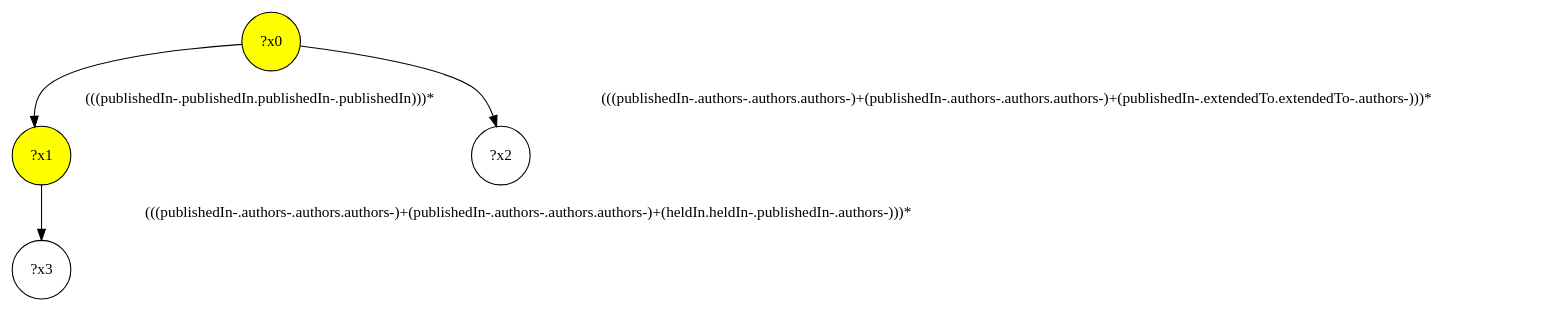
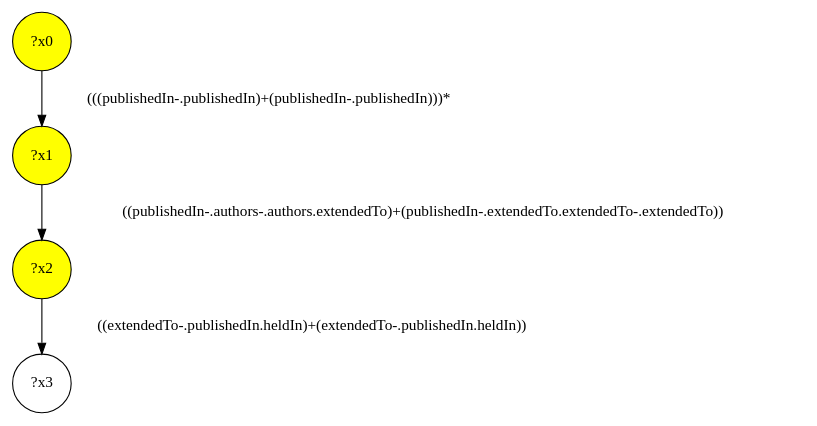
One commit to gbagan/gmark changed the diagram in demo/test-a/test-a-interface/query-14.dot. Above: the diagram before and after it, drawn with Graphviz. The commit also changed 1061 other files, not shown here.

```diff
--- a/demo/test-a/test-a-interface/query-14.dot
+++ b/demo/test-a/test-a-interface/query-14.dot
@@ -1,9 +1,9 @@
 digraph g {
 	x0 [fillcolor="yellow", style="filled," shape=circle, label="?x0"];
 	x1 [fillcolor="yellow", style="filled," shape=circle, label="?x1"];
-	x0 -> x1 [label="(((publishedIn-.publishedIn.publishedIn-.publishedIn)))*"];
-	x2 [shape=circle, label="?x2"];
-	x0 -> x2 [label="(((publishedIn-.authors-.authors.authors-)+(publishedIn-.authors-.authors.authors-)+(publishedIn-.extendedTo.extendedTo-.authors-)))*"];
+	x2 [fillcolor="yellow", style="filled," shape=circle, label="?x2"];
+	x0 -> x1 [label="(((publishedIn-.publishedIn)+(publishedIn-.publishedIn)))*"];
+	x1 -> x2 [label="((publishedIn-.authors-.authors.extendedTo)+(publishedIn-.extendedTo.extendedTo-.extendedTo))"];
 	x3 [shape=circle, label="?x3"];
-	x1 -> x3 [label="(((publishedIn-.authors-.authors.authors-)+(publishedIn-.authors-.authors.authors-)+(heldIn.heldIn-.publishedIn-.authors-)))*"];
+	x2 -> x3 [label="((extendedTo-.publishedIn.heldIn)+(extendedTo-.publishedIn.heldIn))"];
 }
```
